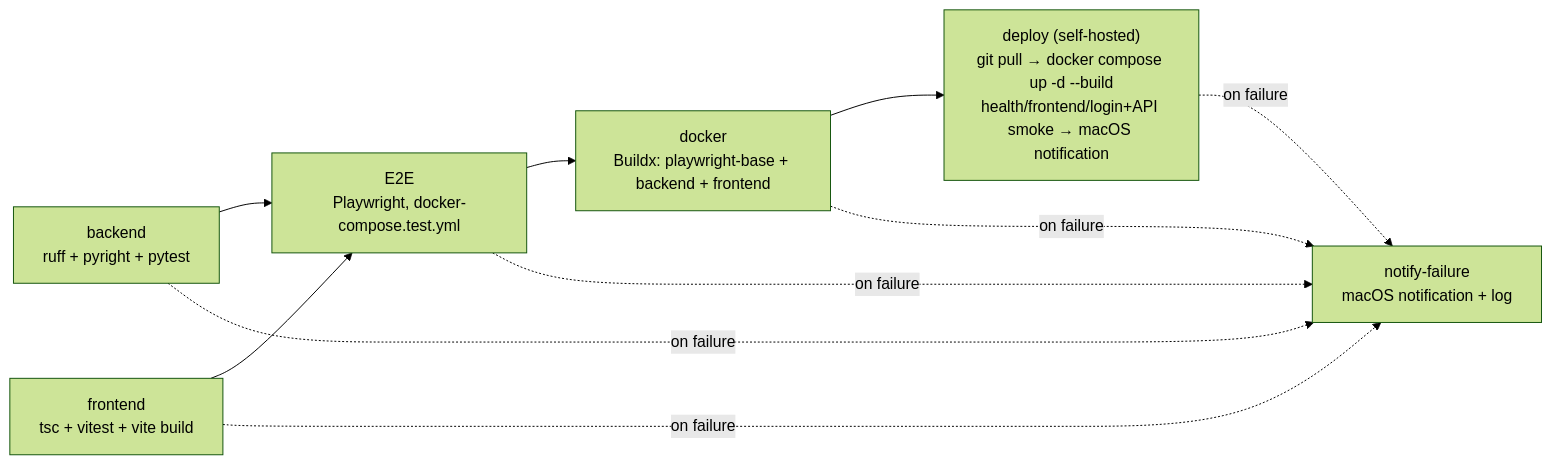
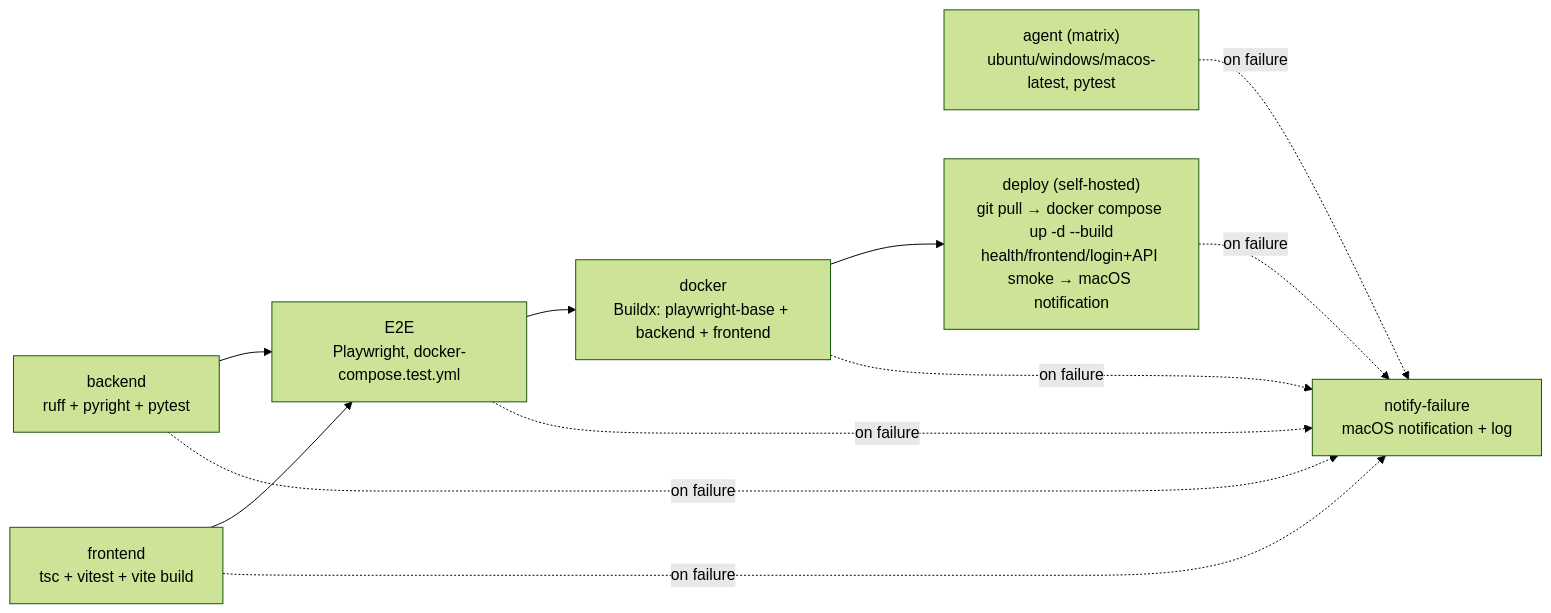
The ninth of 9 diagrams in docs/ARCHITECTURE.md (EGulinsky/rapport), drawn with Mermaid (forest theme) before and after one commit. The commit also changed other lines of this file and 2 other files, not shown here.

First line of the commit message:
Portability Phase 4: wire agent tests into CI on a 3-OS matrix

````diff
--- a/docs/ARCHITECTURE.md
+++ b/docs/ARCHITECTURE.md
@@ -810,12 +810,14 @@
 ```mermaid
 flowchart LR
     A[backend<br/>ruff + pyright + pytest] --> E[E2E<br/>Playwright, docker-compose.test.yml]
     B[frontend<br/>tsc + vitest + vite build] --> E
+    G["agent (matrix)<br/>ubuntu/windows/macos-latest, pytest"]
     E --> C[docker<br/>Buildx: playwright-base + backend + frontend]
     C --> D["deploy (self-hosted)<br/>git pull → docker compose up -d --build<br/>health/frontend/login+API smoke → macOS notification"]
     D -.->|on failure| F[notify-failure<br/>macOS notification + log]
     A -.->|on failure| F
     B -.->|on failure| F
+    G -.->|on failure| F
     E -.->|on failure| F
     C -.->|on failure| F
 ```
````
